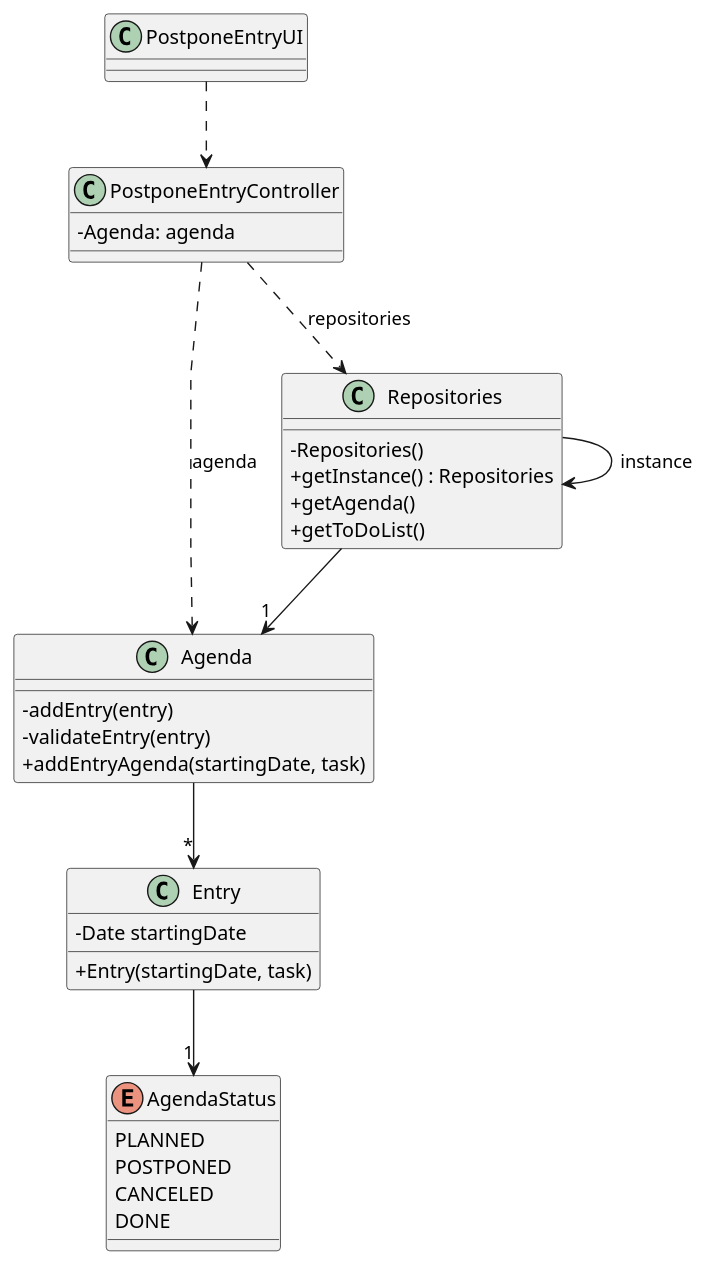
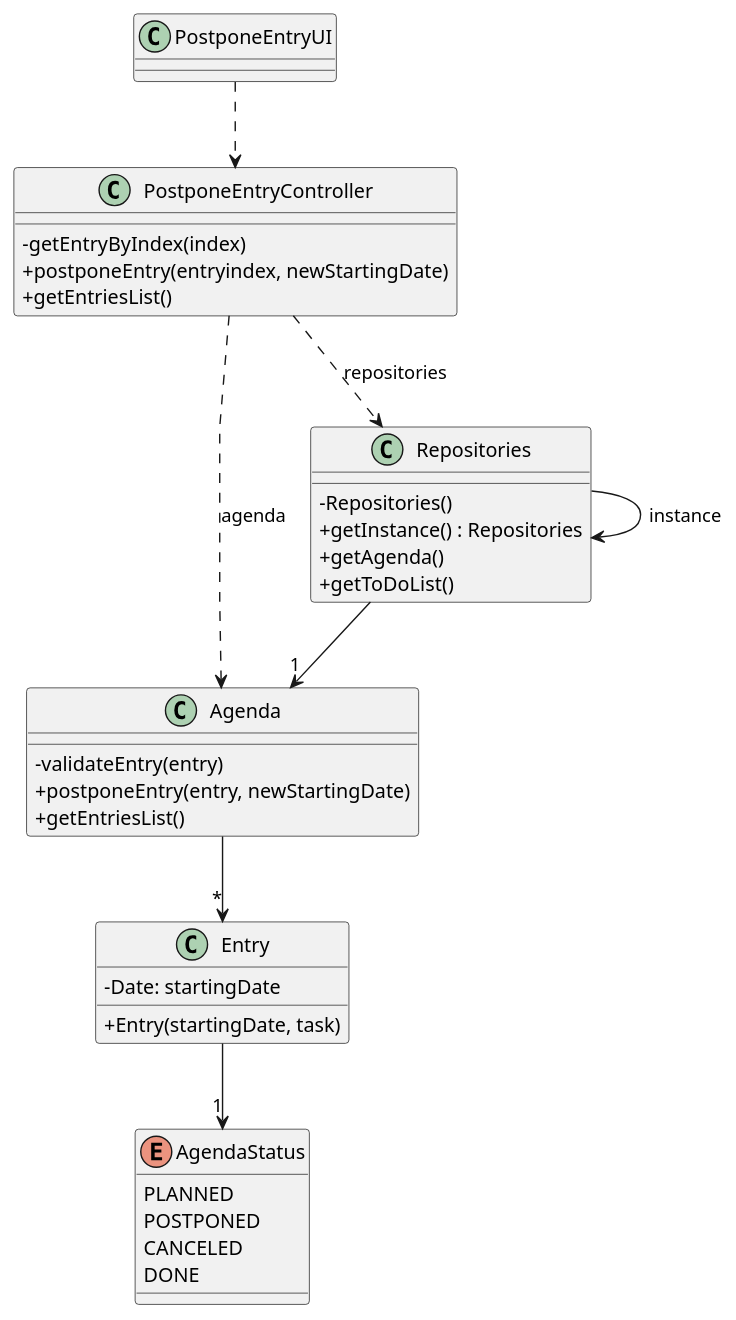
The diagram in docs/sprintA&B&C/us024/03.design/puml/us024-class-diagram.puml (daniel41silva05/ISEP_2023_2024_LAPR2), drawn with PlantUML before and after one commit. The commit also changed 1 other file, not shown here.

Commit message:
US24 Class Diagram Correctionos

```diff
--- a/docs/sprintA&B&C/us024/03.design/puml/us024-class-diagram.puml
+++ b/docs/sprintA&B&C/us024/03.design/puml/us024-class-diagram.puml
@@ -1,55 +1,57 @@
 @startuml
 skinparam packageStyle rectangle
 skinparam shadowing false
 skinparam linetype polyline
 
 skinparam classAttributeIconSize 0
 
 class Agenda {
-    -addEntry(entry)
     -validateEntry(entry)
-    +addEntryAgenda(startingDate, task)
+    +postponeEntry(entry, newStartingDate)
+    +getEntriesList()
 }
 
 class Entry {
-    -Date startingDate
+    -Date: startingDate
     +Entry(startingDate, task)
 }
 
 
 class Repositories {
     - Repositories()
     + getInstance() : Repositories
     + getAgenda()
     + getToDoList()
 }
 
 enum AgendaStatus {
     PLANNED
     POSTPONED
     CANCELED
     DONE
 }
 
 class PostponeEntryController{
--Agenda: agenda
+    -getEntryByIndex(index)
+    +postponeEntry(entryindex, newStartingDate)
+    +getEntriesList()
 }
 
 class PostponeEntryUI{
 
 }
 
 PostponeEntryUI ..> PostponeEntryController
 
 PostponeEntryController ..> Repositories: repositories
 
 PostponeEntryController ..> Agenda: agenda
 
 Repositories --> Repositories: instance
 
 Repositories --> "1" Agenda
 
 Agenda --> "*" Entry
 
 Entry --> "1" AgendaStatus
 @enduml
```
